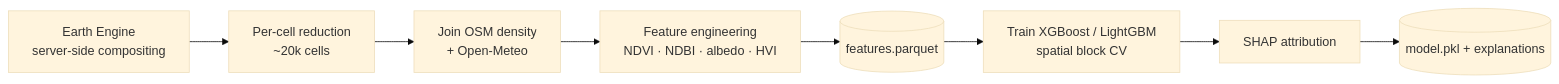
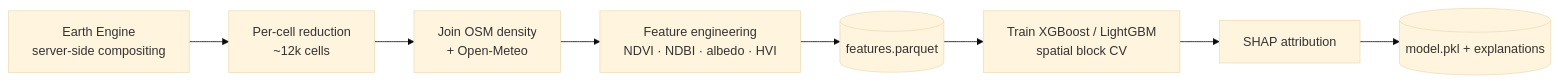
One commit to DevGurav/urbanheat-mumbai changed the third of 5 diagrams in docs/architecture.md. Above: the diagram before and after it, drawn with Mermaid (base theme). The commit also changed other lines of this file and 7 other files, not shown here.

````diff
--- a/docs/architecture.md
+++ b/docs/architecture.md
@@ -97,10 +97,10 @@
 ```mermaid
 flowchart LR
-    A[Earth Engine<br/>server-side compositing] --> B[Per-cell reduction<br/>~20k cells]
+    A[Earth Engine<br/>server-side compositing] --> B[Per-cell reduction<br/>~12k cells]
     B --> C[Join OSM density<br/>+ Open-Meteo]
     C --> D[Feature engineering<br/>NDVI · NDBI · albedo · HVI]
     D --> E[(features.parquet)]
     E --> F[Train XGBoost / LightGBM<br/>spatial block CV]
     F --> G[SHAP attribution]
     G --> H[(model.pkl + explanations)]
 ```
````
